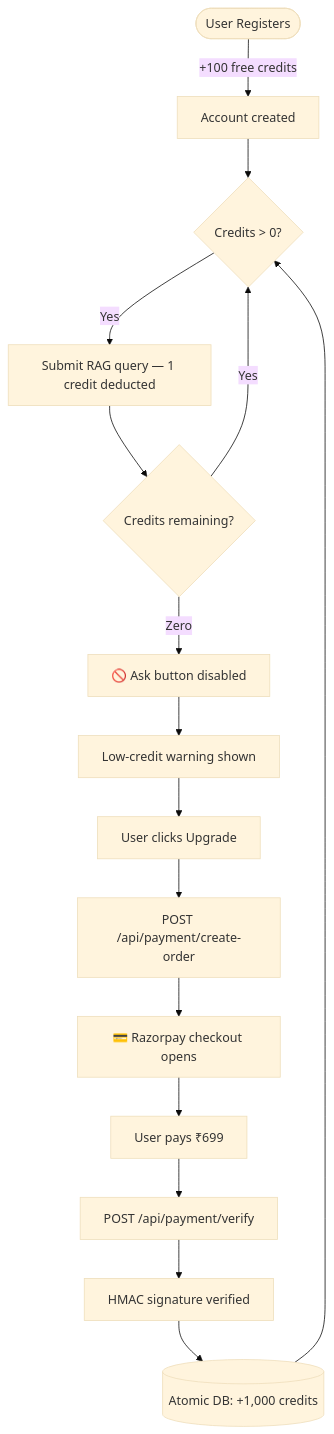
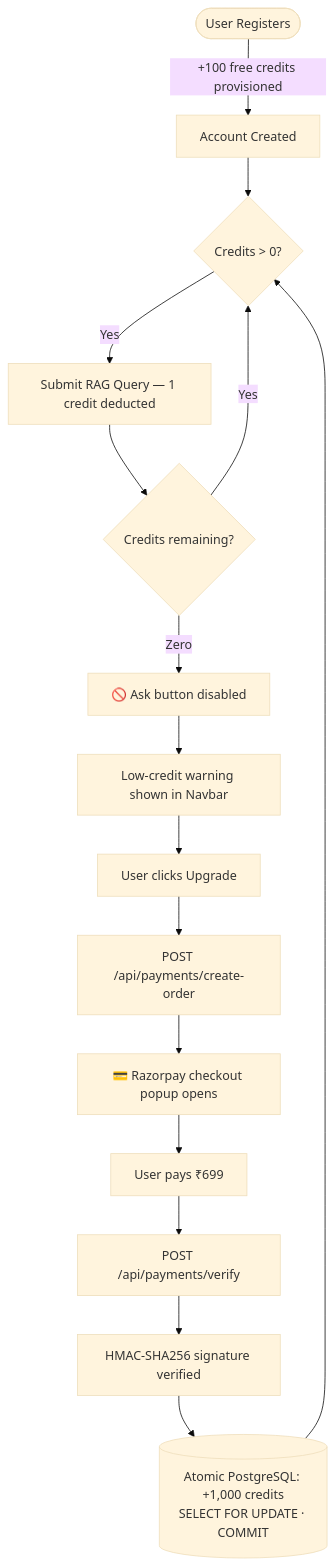
One commit to rajakumar123-commit/nexasense-ai-assistant changed the fifth of 6 diagrams in README.md. Above: the diagram before and after it, drawn with Mermaid (base theme). The commit also changed other lines of this file, not shown here.

````diff
--- a/README.md
+++ b/README.md
@@ -668,18 +726,18 @@
 ```mermaid
 flowchart TD
-    A([User Registers]) -->|+100 free credits| B[Account created]
+    A([User Registers]) -->|+100 free credits provisioned| B[Account Created]
     B --> C{Credits > 0?}
-    C -- Yes --> D[Submit RAG query — 1 credit deducted]
+    C -- Yes --> D[Submit RAG Query — 1 credit deducted]
     D --> E{Credits remaining?}
     E -- Yes --> C
     E -- Zero --> F[🚫 Ask button disabled]
-    F --> G[Low-credit warning shown]
+    F --> G[Low-credit warning shown in Navbar]
     G --> H[User clicks Upgrade]
-    H --> I[POST /api/payment/create-order]
-    I --> J[💳 Razorpay checkout opens]
+    H --> I[POST /api/payments/create-order]
+    I --> J[💳 Razorpay checkout popup opens]
     J --> K[User pays ₹699]
-    K --> L[POST /api/payment/verify]
-    L --> M[HMAC signature verified]
-    M --> N[(Atomic DB: +1,000 credits)]
+    K --> L[POST /api/payments/verify]
+    L --> M[HMAC-SHA256 signature verified]
+    M --> N[(Atomic PostgreSQL: +1,000 credits\nSELECT FOR UPDATE · COMMIT)]
     N --> C
 ```
````
